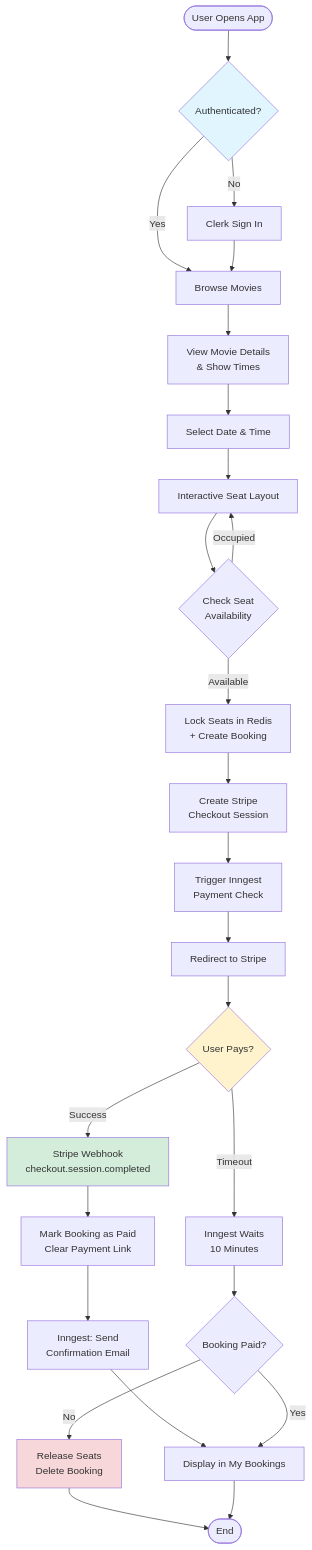
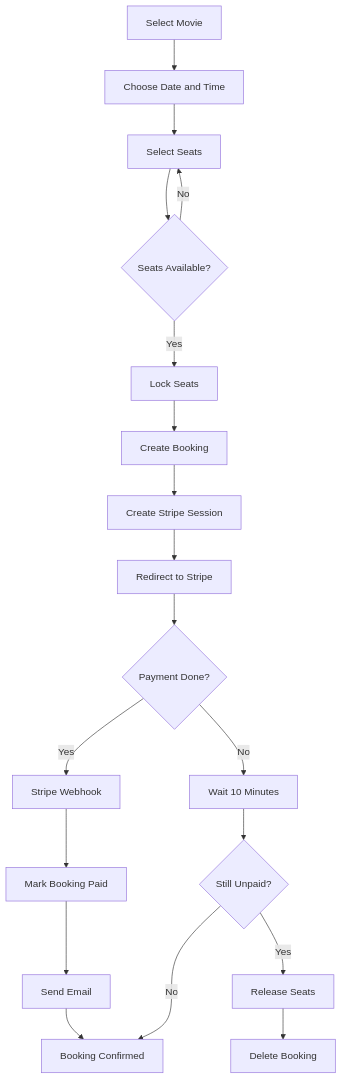
Before and after one commit to VIKRAMANR7/BookMyShow: the second of 3 diagrams in README.md, drawn with Mermaid. The commit also changed other lines of this file and 41 other files, not shown here.

````diff
--- a/README.md
+++ b/README.md
@@ -120,40 +85,21 @@
 ```mermaid
 flowchart TD
-    Start([User Opens App]) --> Auth{Authenticated?}
-
-    Auth -->|No| Login[Clerk Sign In]
-    Auth -->|Yes| Home[Browse Movies]
-    Login --> Home
-
-    Home --> MovieDetails[View Movie Details<br/>& Show Times]
-    MovieDetails --> SelectDate[Select Date & Time]
-    SelectDate --> SeatSelection[Interactive Seat Layout]
-
-    SeatSelection --> CheckAvail{Check Seat<br/>Availability}
-    CheckAvail -->|Available| LockSeats[Lock Seats in Redis<br/>+ Create Booking]
-    CheckAvail -->|Occupied| SeatSelection
-
-    LockSeats --> CreateStripe[Create Stripe<br/>Checkout Session]
-    CreateStripe --> TriggerWorkflow[Trigger Inngest<br/>Payment Check]
-    TriggerWorkflow --> Redirect[Redirect to Stripe]
-
-    Redirect --> Payment{User Pays?}
-
-    Payment -->|Success| Webhook[Stripe Webhook<br/>checkout.session.completed]
-    Webhook --> UpdateDB[Mark Booking as Paid<br/>Clear Payment Link]
-    UpdateDB --> SendEmail[Inngest: Send<br/>Confirmation Email]
-    SendEmail --> ShowBooking[Display in My Bookings]
-
-    Payment -->|Timeout| Wait10Min[Inngest Waits<br/>10 Minutes]
-    Wait10Min --> CheckPaid{Booking Paid?}
-    CheckPaid -->|No| ReleaseSeats[Release Seats<br/>Delete Booking]
-    CheckPaid -->|Yes| ShowBooking
-
-    ReleaseSeats --> End([End])
-    ShowBooking --> End
-
-    style Auth fill:#e1f5ff
-    style Payment fill:#fff3cd
-    style Webhook fill:#d4edda
-    style ReleaseSeats fill:#f8d7da
+    A[Select Movie] --> B[Choose Date and Time]
+    B --> C[Select Seats]
+    C --> D{Seats Available?}
+    D -->|No| C
+    D -->|Yes| E[Lock Seats]
+    E --> F[Create Booking]
+    F --> G[Create Stripe Session]
+    G --> H[Redirect to Stripe]
+    H --> I{Payment Done?}
+    I -->|Yes| J[Stripe Webhook]
+    J --> K[Mark Booking Paid]
+    K --> L[Send Email]
+    L --> M[Booking Confirmed]
+    I -->|No| N[Wait 10 Minutes]
+    N --> O{Still Unpaid?}
+    O -->|Yes| P[Release Seats]
+    P --> Q[Delete Booking]
+    O -->|No| M
 ```
````
